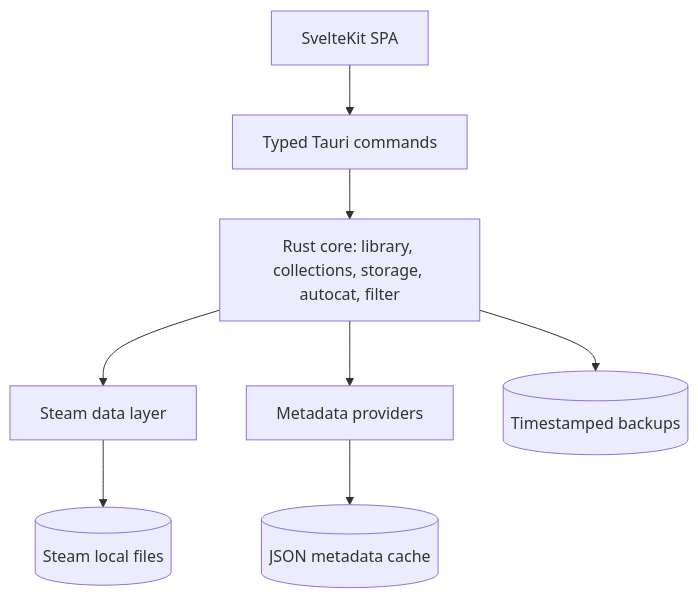
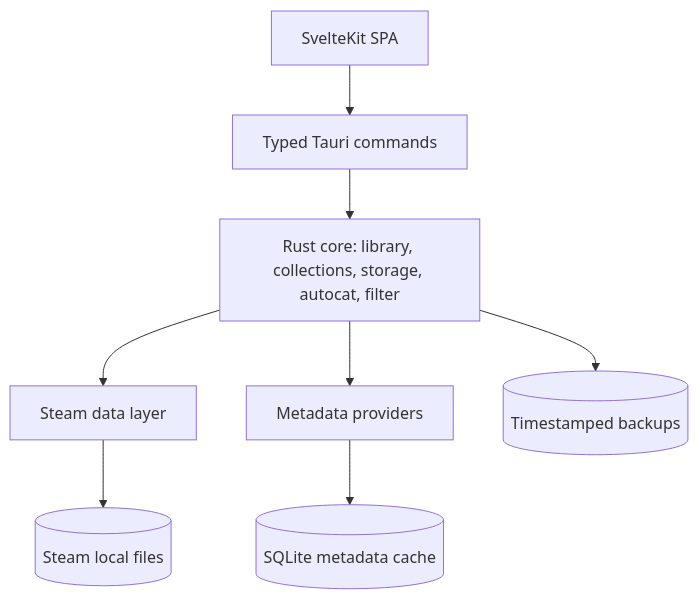
The first of 2 diagrams in docs/_wiki/Architecture.md (HELIX-Origin/Steam-Vault), drawn with Mermaid before and after one commit. The commit also changed other lines of this file and 37 other files, not shown here.

Commit message:
feat(release): deliver v1.0.0 with dynamic smart collections, SQLite cache, M5 glassmorphism, and multi-platform packaging

````diff
--- a/docs/_wiki/Architecture.md
+++ b/docs/_wiki/Architecture.md
@@ -15,10 +15,10 @@
 ```mermaid
 flowchart TB
     ui[SvelteKit SPA] --> ipc[Typed Tauri commands]
     ipc --> core[Rust core: library, collections, storage, autocat, filter]
     core --> steam[Steam data layer]
     core --> meta[Metadata providers]
     steam --> disk[(Steam local files)]
-    meta --> cache[(JSON metadata cache)]
+    meta --> cache[(SQLite metadata cache)]
     core --> backup[(Timestamped backups)]
 ```
````
